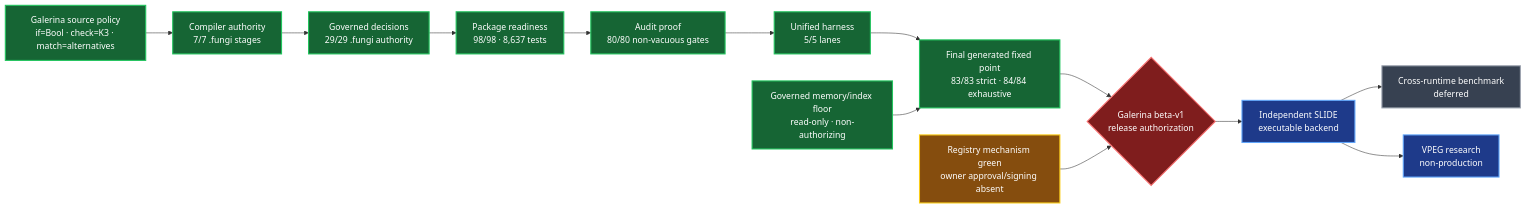
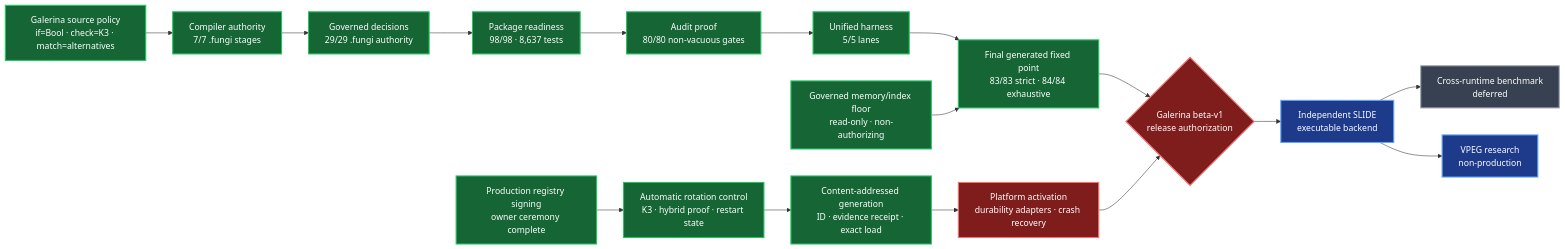
The diagram in docs/reports/zero-trust-tooling-refactor-completion-2026-07-29.md (TritHypha/Deveolpment-runtime-fungi-gate), drawn with Mermaid before and after one commit. The commit also changed other lines of this file and 32 other files, not shown here.

Commit message:
security: bind registry activation to immutable generations

````diff
--- a/docs/reports/zero-trust-tooling-refactor-completion-2026-07-29.md
+++ b/docs/reports/zero-trust-tooling-refactor-completion-2026-07-29.md
@@ -35,28 +39,30 @@
 ```mermaid
 flowchart LR
     S["Galerina source policy<br/>if=Bool · check=K3 · match=alternatives"]:::green
     C["Compiler authority<br/>7/7 .fungi stages"]:::green
     K["Governed decisions<br/>29/29 .fungi authority"]:::green
     P["Package readiness<br/>98/98 · 8,637 tests"]:::green
     A["Audit proof<br/>80/80 non-vacuous gates"]:::green
     U["Unified harness<br/>5/5 lanes"]:::green
     X["Final generated fixed point<br/>83/83 strict · 84/84 exhaustive"]:::green
     M["Governed memory/index floor<br/>read-only · non-authorizing"]:::green
-    R["Registry mechanism green<br/>owner approval/signing absent"]:::amber
+    R["Production registry signing<br/>owner ceremony complete"]:::green
+    ROT["Automatic rotation control<br/>K3 · hybrid proof · restart state"]:::green
+    GEN["Content-addressed generation<br/>ID · evidence receipt · exact load"]:::green
+    ACT["Platform activation<br/>durability adapters · crash recovery"]:::red
     B{"Galerina beta-v1<br/>release authorization"}:::red
     L["Independent SLIDE<br/>executable backend"]:::blue
     V["VPEG research<br/>non-production"]:::blue
     Q["Cross-runtime benchmark<br/>deferred"]:::grey
 
     S --> C --> K --> P --> A --> U --> X --> B
     M --> X
-    R --> B
+    R --> ROT --> GEN --> ACT --> B
     B --> L --> Q
     L --> V
 
     classDef green fill:#166534,color:#fff,stroke:#22c55e,stroke-width:2px;
-    classDef amber fill:#854d0e,color:#fff,stroke:#facc15,stroke-width:2px;
     classDef red fill:#7f1d1d,color:#fff,stroke:#f87171,stroke-width:2px;
     classDef blue fill:#1e3a8a,color:#fff,stroke:#60a5fa,stroke-width:2px;
     classDef grey fill:#374151,color:#fff,stroke:#9ca3af,stroke-width:2px;
 ```
````
